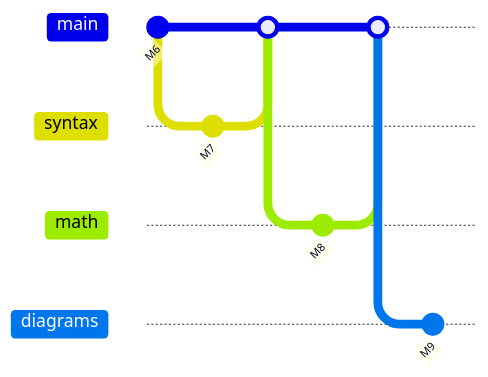
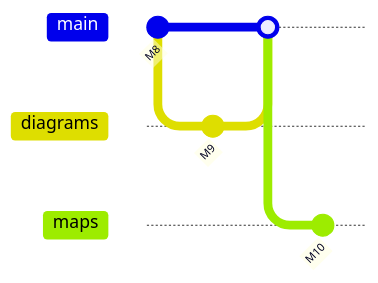
The tenth of 16 diagrams in README.md (thiepn/markdown), drawn with Mermaid before and after one commit. The commit also changed other lines of this file, not shown here.

````diff
--- a/README.md
+++ b/README.md
@@ -1083,17 +860,12 @@
 ```mermaid
 gitGraph
-    commit id: "M6"
-    branch syntax
-    checkout syntax
-    commit id: "M7"
-    checkout main
-    merge syntax
-    branch math
-    checkout math
     commit id: "M8"
-    checkout main
-    merge math
     branch diagrams
     checkout diagrams
     commit id: "M9"
+    checkout main
+    merge diagrams
+    branch maps
+    checkout maps
+    commit id: "M10"
 ```
````
